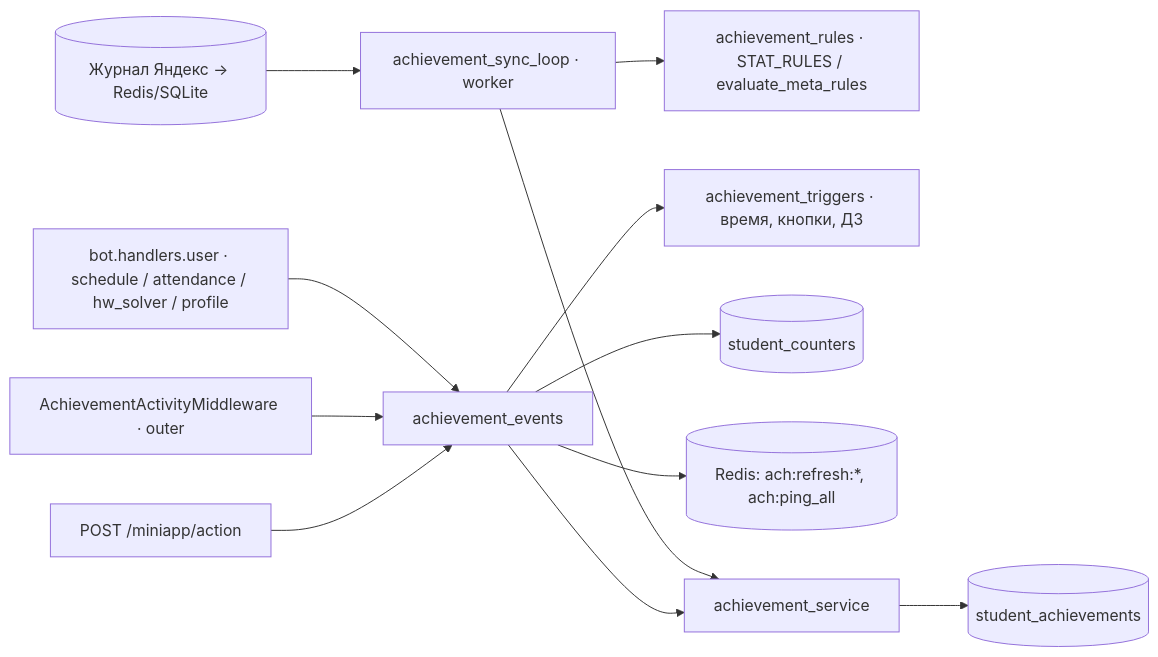
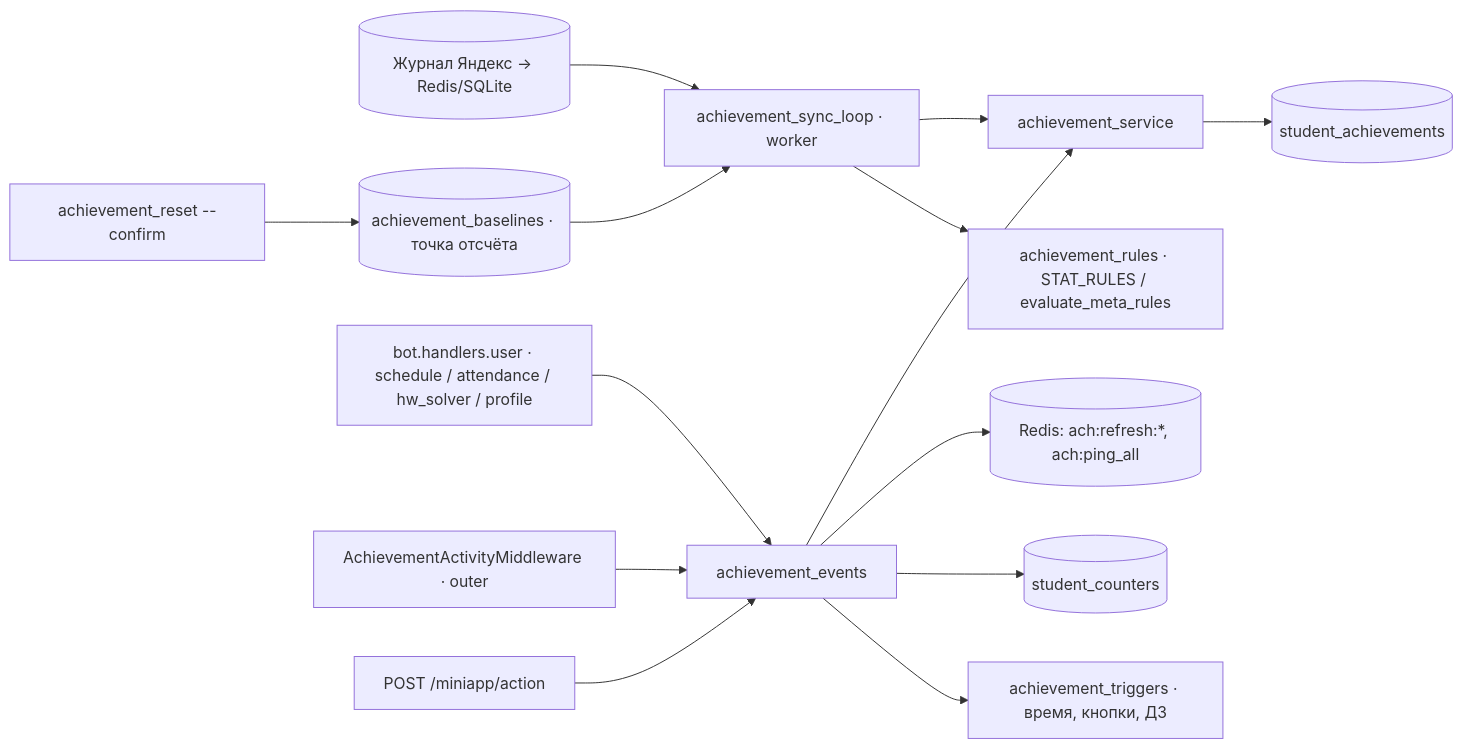
Diagram 54 of 55 in docs/UML.md (Utkautka1/para), drawn with Mermaid before and after one commit. The commit also changed other lines of this file and 22 other files, not shown here.

First line of the commit message:
feat(gamification): reset achievements with a journal baseline

````diff
--- a/docs/UML.md
+++ b/docs/UML.md
@@ -3417,14 +3425,16 @@
 ```mermaid
 flowchart LR
     journal[(Журнал Яндекс → Redis/SQLite)] --> sync[achievement_sync_loop · worker]
     sync --> rules[achievement_rules · STAT_RULES / evaluate_meta_rules]
+    baseline[(achievement_baselines · точка отсчёта)] --> sync
+    reset[achievement_reset --confirm] --> baseline
     handlers[bot.handlers.user · schedule / attendance / hw_solver / profile] --> events[achievement_events]
     mw[AchievementActivityMiddleware · outer] --> events
     miniapp[POST /miniapp/action] --> events
     events --> triggers[achievement_triggers · время, кнопки, ДЗ]
     events --> counters[(student_counters)]
     events --> windows[(Redis: ach:refresh:*, ach:ping_all)]
     sync --> service[achievement_service]
     events --> service
     service --> unlocked[(student_achievements)]
 ```
````
